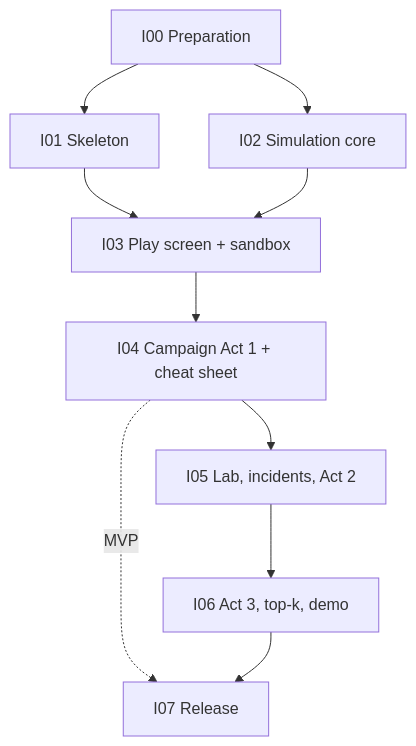
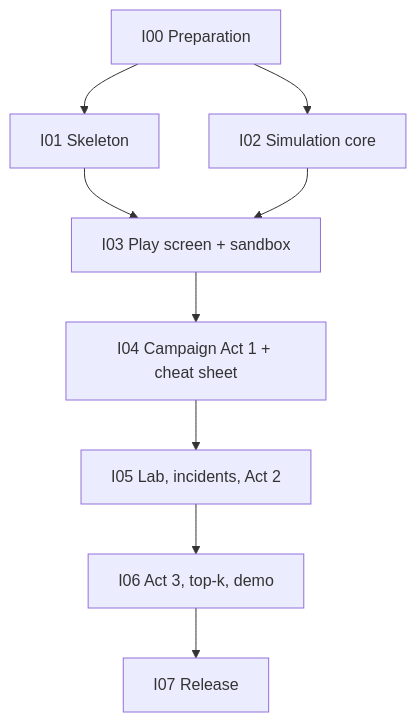
The diagram in docs/plan/roadmap.md (gray0072/ai-precision-recall-lab), drawn with Mermaid before and after one commit. The commit also changed other lines of this file and 11 other files, not shown here.

````diff
--- a/docs/plan/roadmap.md
+++ b/docs/plan/roadmap.md
@@ -31,12 +31,11 @@
 ```mermaid
 flowchart TD
     I00[I00 Preparation] --> I01[I01 Skeleton]
     I00 --> I02[I02 Simulation core]
     I01 --> I03[I03 Play screen + sandbox]
     I02 --> I03
     I03 --> I04[I04 Campaign Act 1 + cheat sheet]
     I04 --> I05[I05 Lab, incidents, Act 2]
     I05 --> I06[I06 Act 3, top-k, demo]
-    I04 -.MVP.-> I07[I07 Release]
-    I06 --> I07
+    I06 --> I07[I07 Release]
 ```
````
